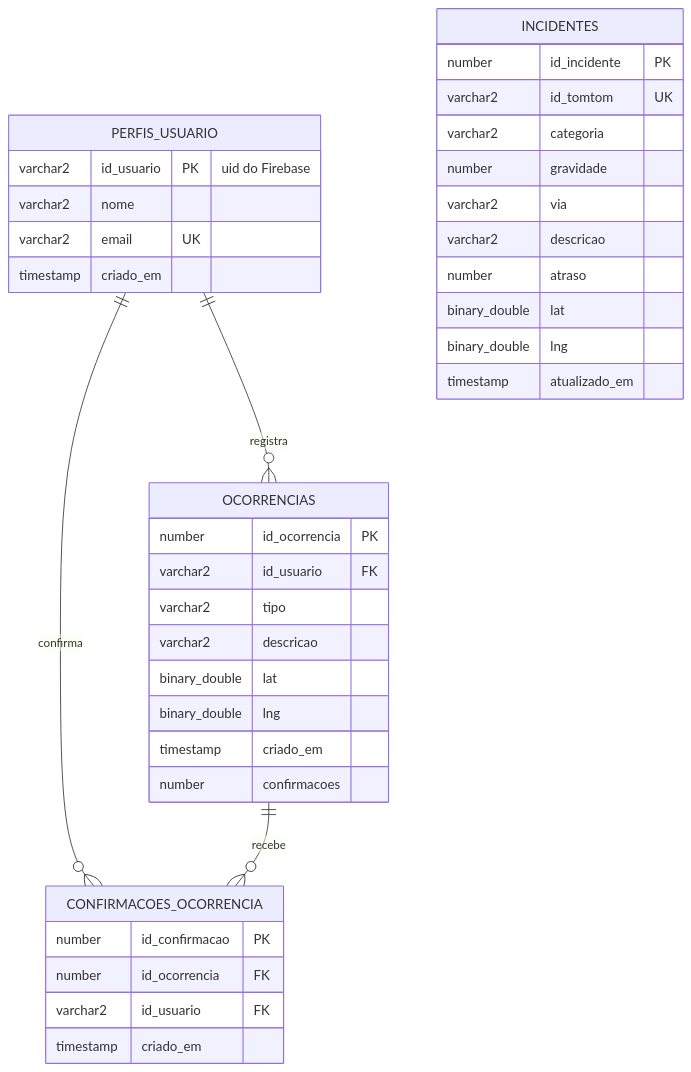
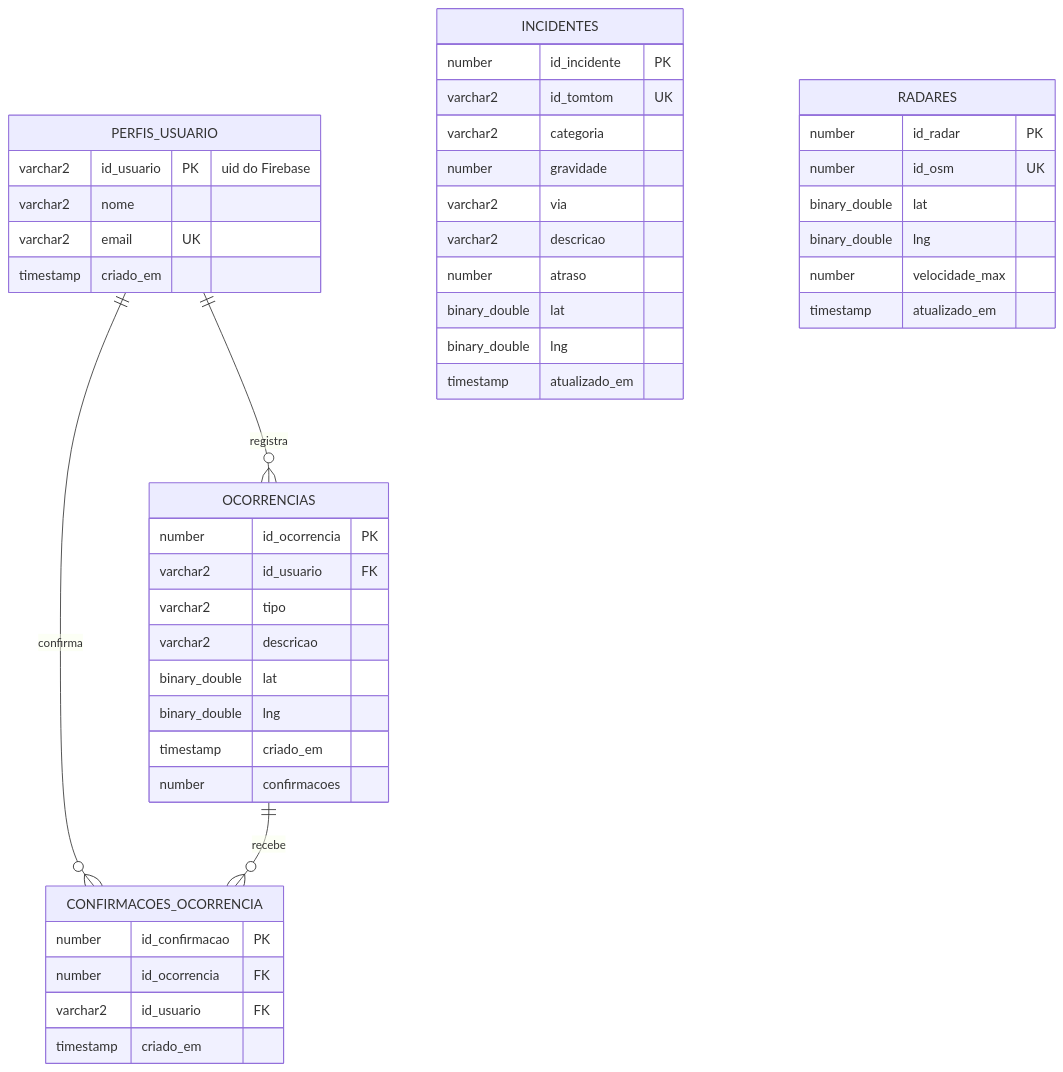
The first of 2 diagrams in docs/ENTREGA-JAVA.md (PedroAlmeida232/SafeMove), drawn with Mermaid before and after one commit. The commit also changed other lines of this file and 54 other files, not shown here.

````diff
--- a/docs/ENTREGA-JAVA.md
+++ b/docs/ENTREGA-JAVA.md
@@ -77,41 +88,49 @@
 ```mermaid
 erDiagram
     PERFIS_USUARIO ||--o{ OCORRENCIAS : registra
     PERFIS_USUARIO ||--o{ CONFIRMACOES_OCORRENCIA : confirma
     OCORRENCIAS ||--o{ CONFIRMACOES_OCORRENCIA : recebe
 
     PERFIS_USUARIO {
         varchar2 id_usuario PK "uid do Firebase"
         varchar2 nome
         varchar2 email UK
         timestamp criado_em
     }
     OCORRENCIAS {
         number id_ocorrencia PK
         varchar2 id_usuario FK
         varchar2 tipo
         varchar2 descricao
         binary_double lat
         binary_double lng
         timestamp criado_em
         number confirmacoes
     }
     CONFIRMACOES_OCORRENCIA {
         number id_confirmacao PK
         number id_ocorrencia FK
         varchar2 id_usuario FK
         timestamp criado_em
     }
     INCIDENTES {
         number id_incidente PK
         varchar2 id_tomtom UK
         varchar2 categoria
         number gravidade
         varchar2 via
         varchar2 descricao
         number atraso
         binary_double lat
         binary_double lng
         timestamp atualizado_em
     }
+    RADARES {
+        number id_radar PK
+        number id_osm UK
+        binary_double lat
+        binary_double lng
+        number velocidade_max
+        timestamp atualizado_em
+    }
 ```
````
